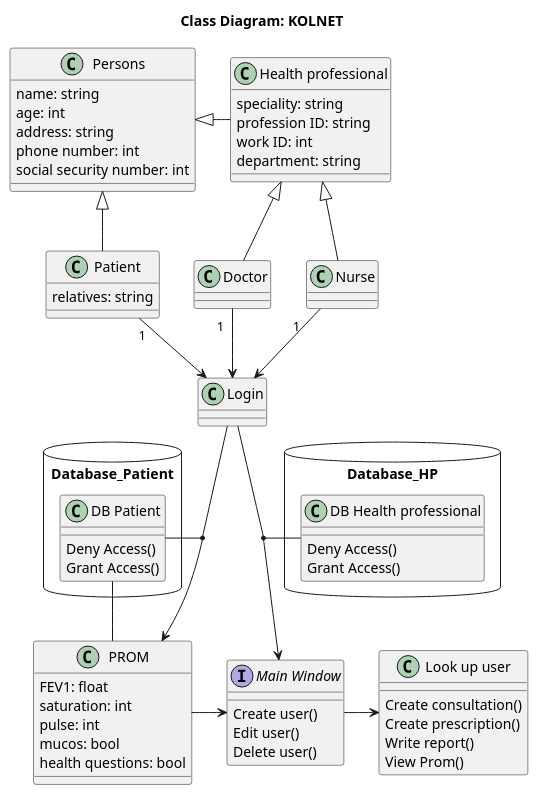
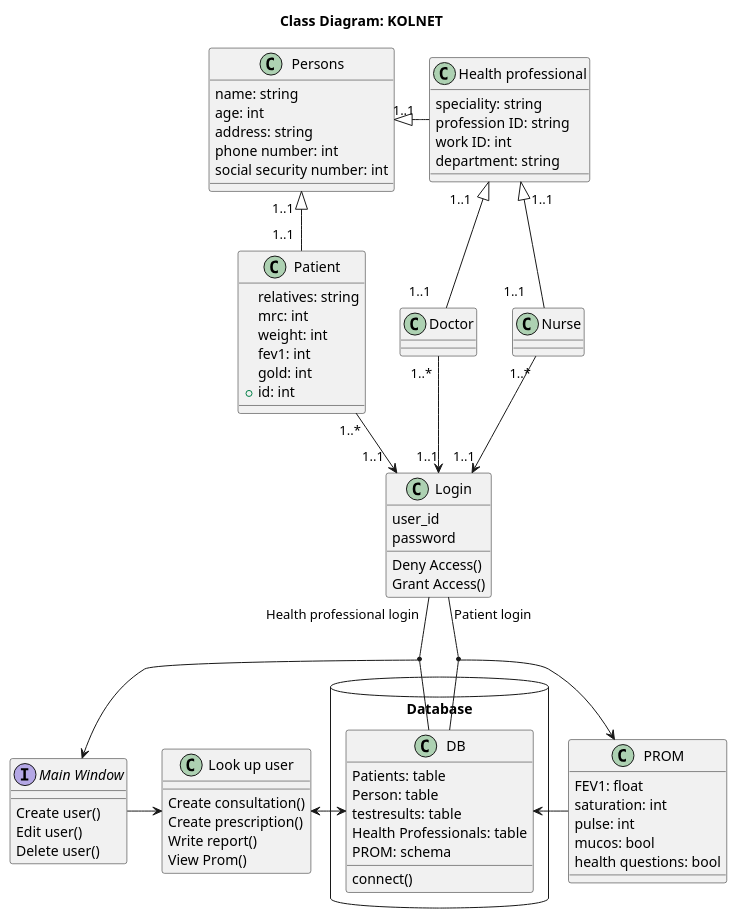
The diagram in Diagrams/Class diagram v3.puml (Purreskov/Softwareudvikling---Github), drawn with PlantUML before and after one commit. The commit also changed 12 other files, not shown here.

Commit message:
class diagram

```diff
--- a/Diagrams/Class diagram v3.puml
+++ b/Diagrams/Class diagram v3.puml
@@ -1,73 +1,95 @@
 @startuml
 'https://plantuml.com/class-diagram
 title Class Diagram: KOLNET
 
-class "Persons" as persons
-persons : name: string
-persons : age: int
-persons : address: string
-persons : phone number: int
-persons : social security number: int
+class "Persons" as persons{
+name: string
+age: int
+address: string
+phone number: int
+social security number: int
+}
 
-class "PROM" as prom
-prom : FEV1: float
-prom : saturation: int
-prom : pulse: int
-prom : mucos: bool
-prom : health questions: bool
+class "PROM" as prom {
+FEV1: float
+saturation: int
+pulse: int
+mucos: bool
+health questions: bool
+}
 
-class "Patient" as patient
-patient : relatives: string
+class "Patient" as patient{
+relatives: string
+mrc: int
+weight: int
+fev1: int
+gold: int
++id: int
+}
 
 class "Doctor" as doctor
 
 class "Nurse" as nurse
 
-class "Health professional" as HP
-HP : speciality: string
-HP : profession ID: string
-HP : work ID: int
-HP : department: string
+class "Health professional" as HP {
+speciality: string
+profession ID: string
+work ID: int
+department: string
+}
 
-interface "Main Window" as MW
-MW : Create user()
-MW : Edit user()
-MW : Delete user()
+interface "Main Window" as MW {
+Create user()
+Edit user()
+Delete user()
+}
+
+class "Login" as login
+login : user_id
+login : password
+login : Deny Access()
+login : Grant Access()
 
 
-class "Login" as login
 
 class "Look up user" as LU
 LU : Create consultation()
 LU : Create prescription()
 LU : Write report()
 LU : View Prom()
 
-package Database_HP <<Database>> {
-class "DB Health professional" as db_hp
+package Database <<Database>> {
+class "DB" as db_hp
 }
-db_hp : Deny Access()
-db_hp : Grant Access()
+db_hp : Patients: table
+db_hp : Person: table
+db_hp : testresults: table
+db_hp : Health Professionals: table
+db_hp : PROM: schema
+db_hp : connect()
 
-package Database_Patient <<Database>> {
-class "DB Patient" as db_p
-}
-db_p : Deny Access()
-db_p : Grant Access()
+'package Database_Patient <<Database>> {
+'class "DB Patient" as db_p
+'}
+'db_p : Deny Access()
+'db_p : Grant Access()
 
-login --> prom
-db_p - (login, prom)
-persons <|- HP
-persons <|-- patient
-db_p -- prom
-HP <|-- doctor
-HP <|-- nurse
-doctor "1  "--> login
-nurse "1    " --> login
-patient "1"--> login
-login --> MW
-prom -> MW
+login "Patient login"--> prom
+'db_p - (login, prom)
+persons "1..1  "<|- HP
+persons "1..1  "<|-- "1..1  "patient
+'db_p -- prom
+HP "1..1    "  <|-- "1..1    "doctor
+HP "  1..1    "  <|-- "1..1    " nurse
+doctor " 1..* "--> "1..1" login
+nurse " 1..*"--> " 1..1" login
+patient " 1..*"--> "1..1  " login
+login "Health professional login" -->  MW
+' prom -> MW
 MW -> LU
 (login, MW) - db_hp
+(login, prom) - db_hp
+db_hp <-> LU
+prom -> db_hp
 
 @enduml
```
